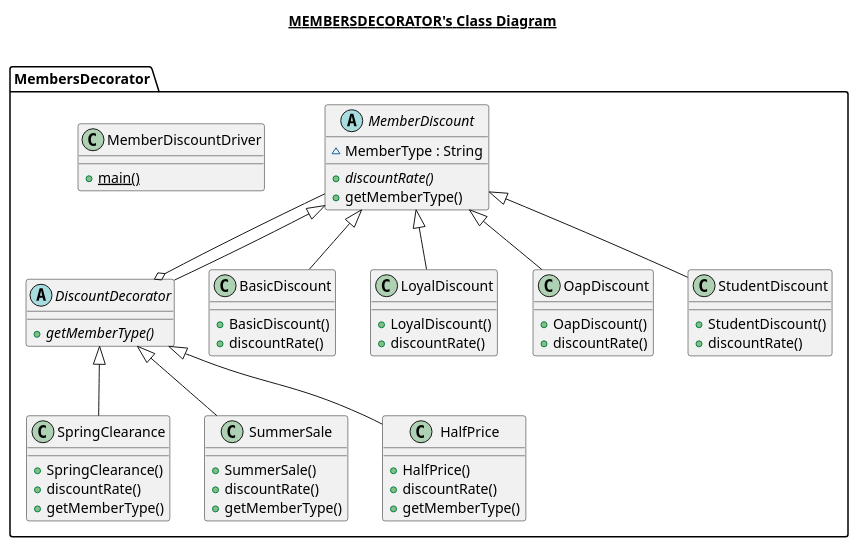
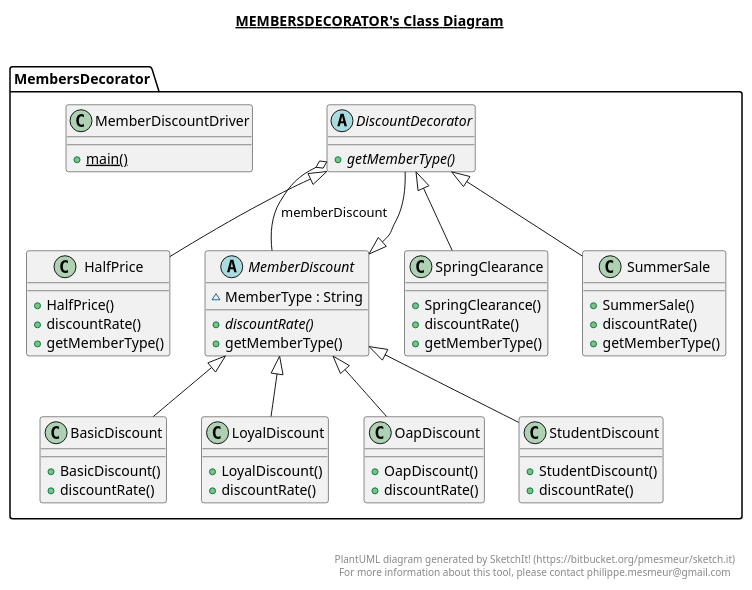
Before and after one commit to hoganSean99/DesignPatternsCA: the diagram in src/MembersDecorator/MembersDecorator.plantuml, drawn with PlantUML. The commit also changed 27 other files, not shown here.

```diff
--- a/src/MembersDecorator/MembersDecorator.plantuml
+++ b/src/MembersDecorator/MembersDecorator.plantuml
@@ -1,81 +1,105 @@
 @startuml
 
 title __MEMBERSDECORATOR's Class Diagram__\n
 
+  namespace MembersDecorator {
+    class MembersDecorator.BasicDiscount {
+        + BasicDiscount()
+        + discountRate()
+    }
+  }
+  
 
-        abstract class MembersDecorator.MemberDiscount {
-            ~ MemberType : String
-            {abstract} + discountRate()
-            + getMemberType()
-        }
+  namespace MembersDecorator {
+    abstract class MembersDecorator.DiscountDecorator {
+        {abstract} + getMemberType()
+    }
+  }
+  
 
-        class MembersDecorator.BasicDiscount {
-            + BasicDiscount()
-            + discountRate()
-        }
+  namespace MembersDecorator {
+    class MembersDecorator.HalfPrice {
+        + HalfPrice()
+        + discountRate()
+        + getMemberType()
+    }
+  }
+  
 
-        class MembersDecorator.LoyalDiscount {
-            + LoyalDiscount()
-            + discountRate()
-        }
+  namespace MembersDecorator {
+    class MembersDecorator.LoyalDiscount {
+        + LoyalDiscount()
+        + discountRate()
+    }
+  }
+  
 
-        class MembersDecorator.OapDiscount {
-            + OapDiscount()
-            + discountRate()
-        }
+  namespace MembersDecorator {
+    abstract class MembersDecorator.MemberDiscount {
+        ~ MemberType : String
+        {abstract} + discountRate()
+        + getMemberType()
+    }
+  }
+  
 
-        class MembersDecorator.StudentDiscount {
-            + StudentDiscount()
-            + discountRate()
-        }
+  namespace MembersDecorator {
+    class MembersDecorator.MemberDiscountDriver {
+        {static} + main()
+    }
+  }
+  
 
-        abstract class MembersDecorator.DiscountDecorator {
-           {abstract} + getMemberType()
-        }
+  namespace MembersDecorator {
+    class MembersDecorator.OapDiscount {
+        + OapDiscount()
+        + discountRate()
+    }
+  }
+  
 
-        class MembersDecorator.SpringClearance {
-            + SpringClearance()
-            + discountRate()
-            + getMemberType()
-        }
+  namespace MembersDecorator {
+    class MembersDecorator.SpringClearance {
+        + SpringClearance()
+        + discountRate()
+        + getMemberType()
+    }
+  }
+  
+
+  namespace MembersDecorator {
+    class MembersDecorator.StudentDiscount {
+        + StudentDiscount()
+        + discountRate()
+    }
+  }
+  
+
+  namespace MembersDecorator {
+    class MembersDecorator.SummerSale {
+        + SummerSale()
+        + discountRate()
+        + getMemberType()
+    }
+  }
+  
+
+  MembersDecorator.BasicDiscount -up-|> MembersDecorator.MemberDiscount
+  MembersDecorator.DiscountDecorator -up-|> MembersDecorator.MemberDiscount
+  MembersDecorator.DiscountDecorator o-- MembersDecorator.MemberDiscount : memberDiscount
+  MembersDecorator.HalfPrice -up-|> MembersDecorator.DiscountDecorator
+  MembersDecorator.LoyalDiscount -up-|> MembersDecorator.MemberDiscount
+  MembersDecorator.OapDiscount -up-|> MembersDecorator.MemberDiscount
+  MembersDecorator.SpringClearance -up-|> MembersDecorator.DiscountDecorator
+  MembersDecorator.StudentDiscount -up-|> MembersDecorator.MemberDiscount
+  MembersDecorator.SummerSale -up-|> MembersDecorator.DiscountDecorator
 
 
-
-        class MembersDecorator.SummerSale {
-            + SummerSale()
-            + discountRate()
-            + getMemberType()
-        }
+right footer
 
 
-        class MembersDecorator.HalfPrice {
-            + HalfPrice()
-            + discountRate()
-            + getMemberType()
-        }
-
-
-
-
-        class MembersDecorator.MemberDiscountDriver {
-                    {static} + main()
-                }
-
-
-
-
-   MembersDecorator.MemberDiscount --o MembersDecorator.DiscountDecorator
-   MembersDecorator.DiscountDecorator -up-|> MembersDecorator.MemberDiscount
-
-   MembersDecorator.LoyalDiscount -up-|> MembersDecorator.MemberDiscount
-   MembersDecorator.OapDiscount -up-|> MembersDecorator.MemberDiscount
-   MembersDecorator.BasicDiscount -up-|> MembersDecorator.MemberDiscount
-   MembersDecorator.StudentDiscount -up-|> MembersDecorator.MemberDiscount
-
-   MembersDecorator.SummerSale -up-|> MembersDecorator.DiscountDecorator
-   MembersDecorator.SpringClearance -up-|> MembersDecorator.DiscountDecorator
-   MembersDecorator.HalfPrice -up-|> MembersDecorator.DiscountDecorator
-
-
+PlantUML diagram generated by SketchIt! (https://bitbucket.org/pmesmeur/sketch.it)
+For more information about this tool, please contact philippe.mesmeur@gmail.com
+endfooter
 
 @enduml
```
